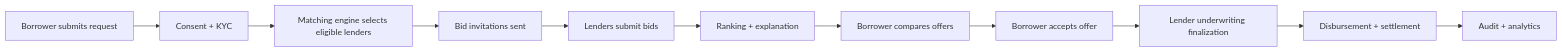
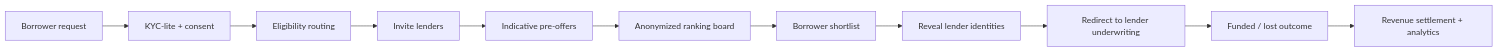
Before and after one commit to pickjonathan/loanbid-exchange-artifacts: the diagram in ARCHITECTURE.md, drawn with Mermaid. The commit also changed other lines of this file and 6 other files, not shown here.

````diff
--- a/ARCHITECTURE.md
+++ b/ARCHITECTURE.md
@@ -15,13 +13,13 @@
 ```mermaid
 flowchart LR
-A[Borrower submits request] --> B[Consent + KYC]
-B --> C[Matching engine selects eligible lenders]
-C --> D[Bid invitations sent]
-D --> E[Lenders submit bids]
-E --> F[Ranking + explanation]
-F --> G[Borrower compares offers]
-G --> H[Borrower accepts offer]
-H --> I[Lender underwriting finalization]
-I --> J[Disbursement + settlement]
-J --> K[Audit + analytics]
+A[Borrower request] --> B[KYC-lite + consent]
+B --> C[Eligibility routing]
+C --> D[Invite lenders]
+D --> E[Indicative pre-offers]
+E --> F[Anonymized ranking board]
+F --> G[Borrower shortlist]
+G --> H[Reveal lender identities]
+H --> I[Redirect to lender underwriting]
+I --> J[Funded / lost outcome]
+J --> K[Revenue settlement + analytics]
 ```
````
